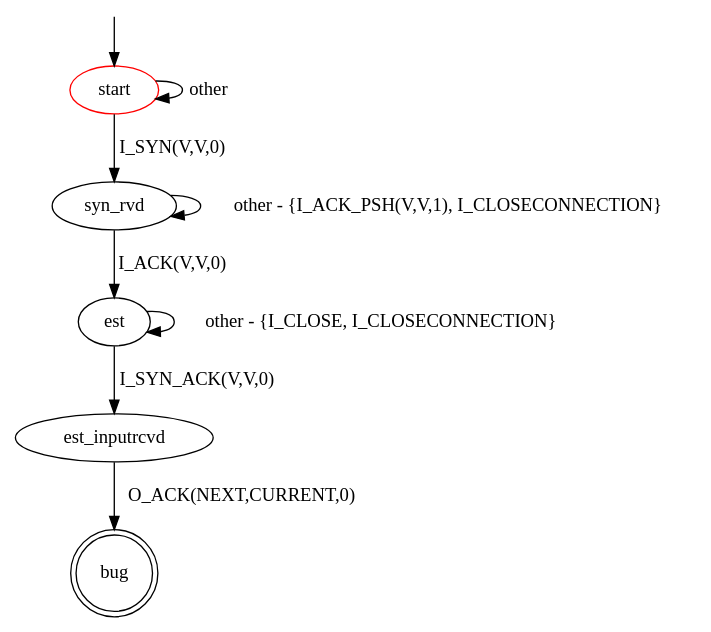
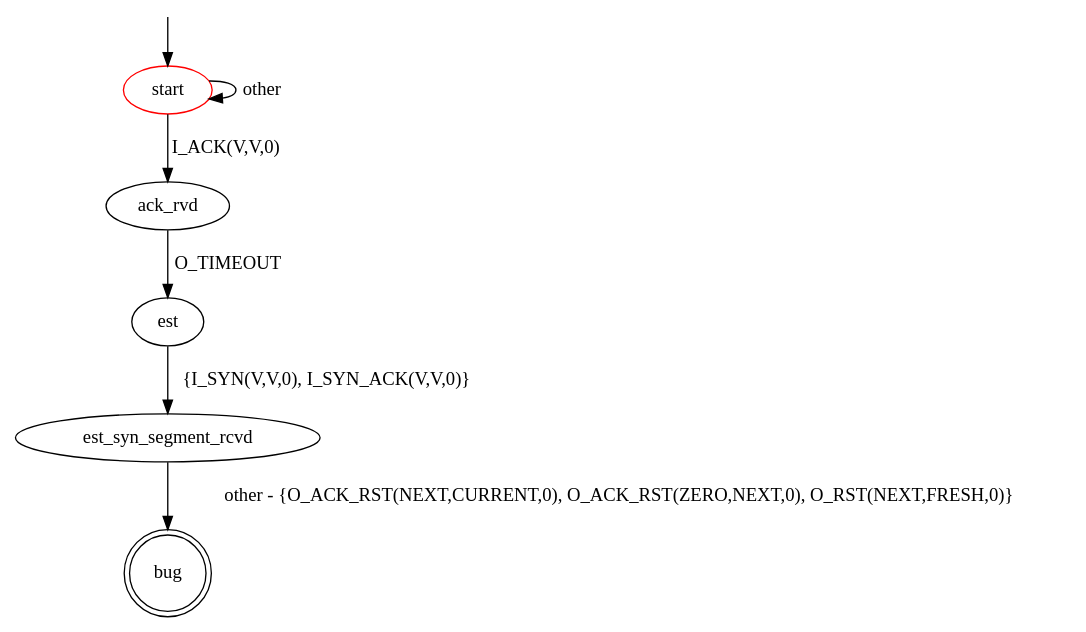
The diagram in src/main/resources/patterns/tcp/server/invalid_response_to_synack_established.dot (assist-project/state-machine-bug-finder), drawn with Graphviz before and after one commit. The commit also changed other lines of this file and 19 other files, not shown here.

Commit message:
complete bug patterns(except established state bug pattern for server model) and update the TCP test case

```diff
--- a/src/main/resources/patterns/tcp/server/invalid_response_to_synack_established.dot
+++ b/src/main/resources/patterns/tcp/server/invalid_response_to_synack_established.dot
@@ -1,16 +1,19 @@
 digraph G {
 label=""
 start [color="red"]
 bug [shape="doublecircle"]
 
 start -> start [label="other"]
-start -> syn_rvd [label="I_SYN(V,V,0)"]
-syn_rvd -> syn_rvd [label="other - {I_ACK_PSH(V,V,1), I_CLOSECONNECTION}"]
-syn_rvd -> est [label="I_ACK(V,V,0)"]
-est -> est [label="other - {I_CLOSE, I_CLOSECONNECTION}"]
-est -> est_inputrcvd [label="I_SYN_ACK(V,V,0)"]
-est_inputrcvd -> bug [label="O_ACK(NEXT,CURRENT,0)"]
+
+start -> ack_rvd [label="I_ACK(V,V,0)"]
+
+ack_rvd -> est [label = "O_TIMEOUT"]
+
+est -> est_syn_segment_rcvd [label="{I_SYN(V,V,0), I_SYN_ACK(V,V,0)}"]
+
+// could be improved so that it also captures exchanges after which the SUT remains in state ESTABLISHED
+est_syn_segment_rcvd -> bug [label="other - {O_ACK_RST(NEXT,CURRENT,0), O_ACK_RST(ZERO,NEXT,0), O_RST(NEXT,FRESH,0)}"]
 
 __start0 [label="" shape="none" width="0" height="0"];
 __start0 -> start;
 }
```
